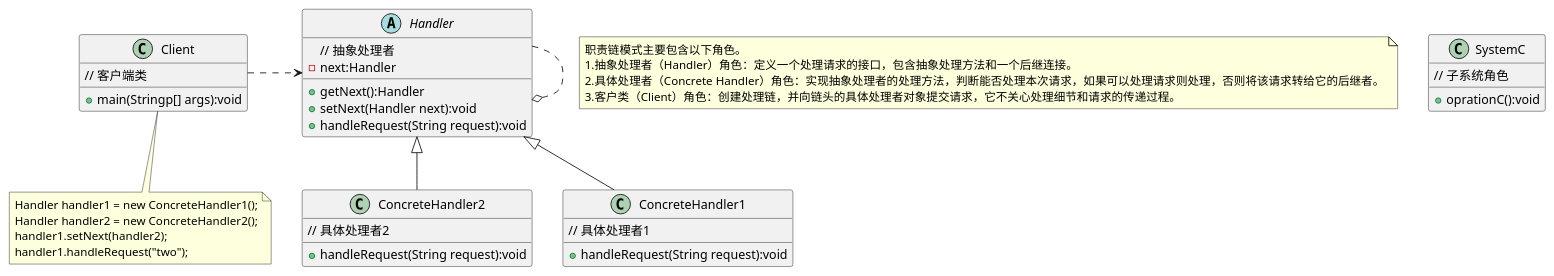
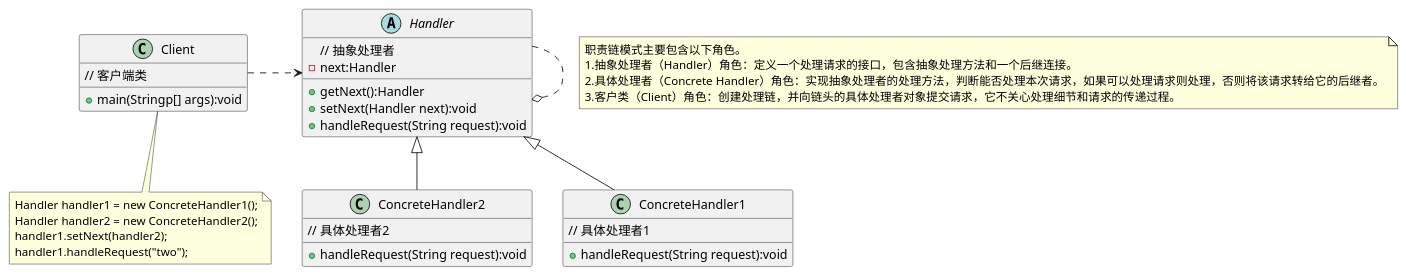
The diagram in doc/行为型模式/责任链模式-类图(3分).puml (1wang1/design-patterns), drawn with PlantUML before and after one commit. The commit also changed 2 other files, not shown here.

```diff
--- a/doc/行为型模式/责任链模式-类图(3分).puml
+++ b/doc/行为型模式/责任链模式-类图(3分).puml
@@ -1,49 +1,44 @@
 @startuml
 note as 责任链
 职责链模式主要包含以下角色。
 1.抽象处理者（Handler）角色：定义一个处理请求的接口，包含抽象处理方法和一个后继连接。
 2.具体处理者（Concrete Handler）角色：实现抽象处理者的处理方法，判断能否处理本次请求，如果可以处理请求则处理，否则将该请求转给它的后继者。
 3.客户类（Client）角色：创建处理链，并向链头的具体处理者对象提交请求，它不关心处理细节和请求的传递过程。
 end note
 class Client{
 // 客户端类
 + main(Stringp[] args):void
 }
 note as client
 Handler handler1 = new ConcreteHandler1();
 Handler handler2 = new ConcreteHandler2();
 handler1.setNext(handler2);
 handler1.handleRequest("two");
 end note
 client .up. Client
 
 abstract Handler{
 // 抽象处理者
 - next:Handler
 + getNext():Handler
 + setNext(Handler next):void
 + handleRequest(String request):void
 }
 
 class ConcreteHandler1{
 // 具体处理者1
 + handleRequest(String request):void
 }
 class ConcreteHandler2{
 // 具体处理者2
 + handleRequest(String request):void
 }
 
-class SystemC{
-// 子系统角色
-+ oprationC():void
-}
-
 Client .right.> Handler
 ConcreteHandler1 -up-|> Handler
 ConcreteHandler2 -up-|> Handler
 Handler ..o Handler
 
 
 
 @enduml
```
